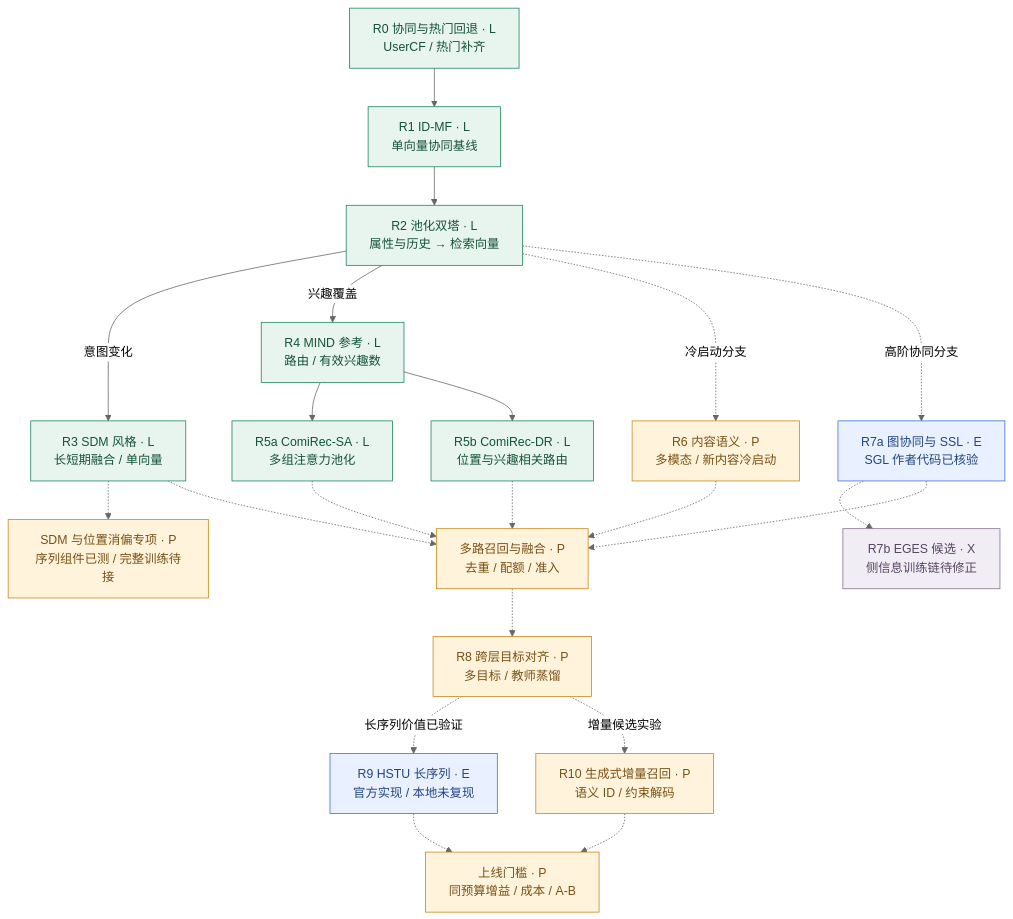
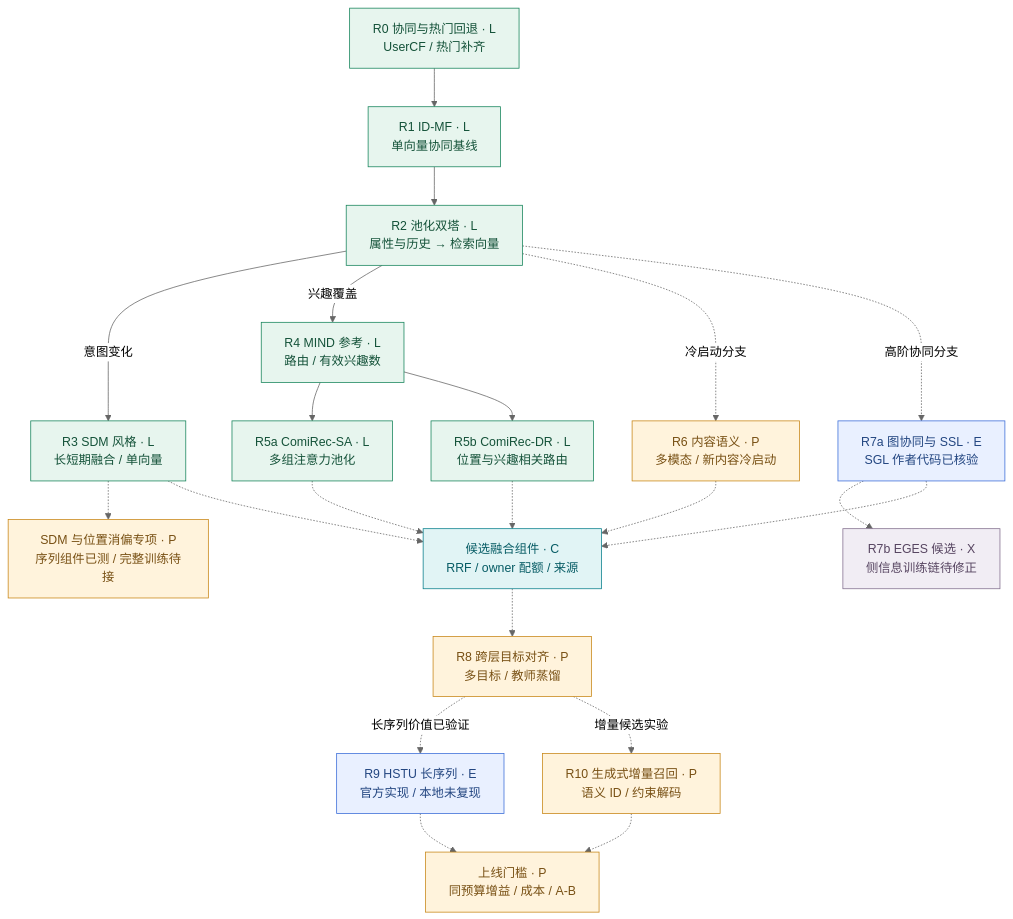
Before and after one commit to shiztong/-: the diagram in docs/recall/diagrams/01-evolution.mmd, drawn with Mermaid (neutral theme). The commit also changed 39 other files, not shown here.

Commit message:
Consolidate recall delivery roadmap and audit production gaps

```diff
--- a/docs/recall/diagrams/01-evolution.mmd
+++ b/docs/recall/diagrams/01-evolution.mmd
@@ -1,45 +1,47 @@
 graph TD
   R0["R0 协同与热门回退 · L<br/>UserCF / 热门补齐"]
   R1["R1 ID-MF · L<br/>单向量协同基线"]
   R2["R2 池化双塔 · L<br/>属性与历史 → 检索向量"]
   R3["R3 SDM 风格 · L<br/>长短期融合 / 单向量"]
   SOPT["SDM 与位置消偏专项 · P<br/>序列组件已测 / 完整训练待接"]
   R4["R4 MIND 参考 · L<br/>路由 / 有效兴趣数"]
   R5A["R5a ComiRec-SA · L<br/>多组注意力池化"]
   R5B["R5b ComiRec-DR · L<br/>位置与兴趣相关路由"]
   R6["R6 内容语义 · P<br/>多模态 / 新内容冷启动"]
   R7["R7a 图协同与 SSL · E<br/>SGL 作者代码已核验"]
   EG["R7b EGES 候选 · X<br/>侧信息训练链待修正"]
-  FUSE["多路召回与融合 · P<br/>去重 / 配额 / 准入"]
+  FUSE["候选融合组件 · C<br/>RRF / owner 配额 / 来源"]
   R8["R8 跨层目标对齐 · P<br/>多目标 / 教师蒸馏"]
   R9["R9 HSTU 长序列 · E<br/>官方实现 / 本地未复现"]
   R10["R10 生成式增量召回 · P<br/>语义 ID / 约束解码"]
   GATE["上线门槛 · P<br/>同预算增益 / 成本 / A-B"]
   R0 --> R1
   R1 --> R2
   R2 -->|意图变化| R3
   R3 -.-> SOPT
   R2 -->|兴趣覆盖| R4
   R4 --> R5A
   R4 --> R5B
   R2 -.->|冷启动分支| R6
   R2 -.->|高阶协同分支| R7
   R7 -.-> EG
   R3 -.-> FUSE
   R5A -.-> FUSE
   R5B -.-> FUSE
   R6 -.-> FUSE
   R7 -.-> FUSE
   FUSE -.-> R8
   R8 -.->|长序列价值已验证| R9
   R8 -.->|增量候选实验| R10
   R9 -.-> GATE
   R10 -.-> GATE
   classDef local fill:#e7f5ee,stroke:#16845b,color:#145239
   classDef external fill:#e9f0ff,stroke:#3b6dd8,color:#234681
   classDef planned fill:#fff3dc,stroke:#c88718,color:#785014
   classDef blocked fill:#f1edf4,stroke:#82708e,color:#574561
   class R0,R1,R2,R3,R4,R5A,R5B local
   class R7,R9 external
-  class R6,FUSE,R8,R10,GATE,SOPT planned
+  class R6,R8,R10,GATE,SOPT planned
   class EG blocked
+  classDef component fill:#e1f4f5,stroke:#087f8c,color:#075c65
+  class FUSE component
```
